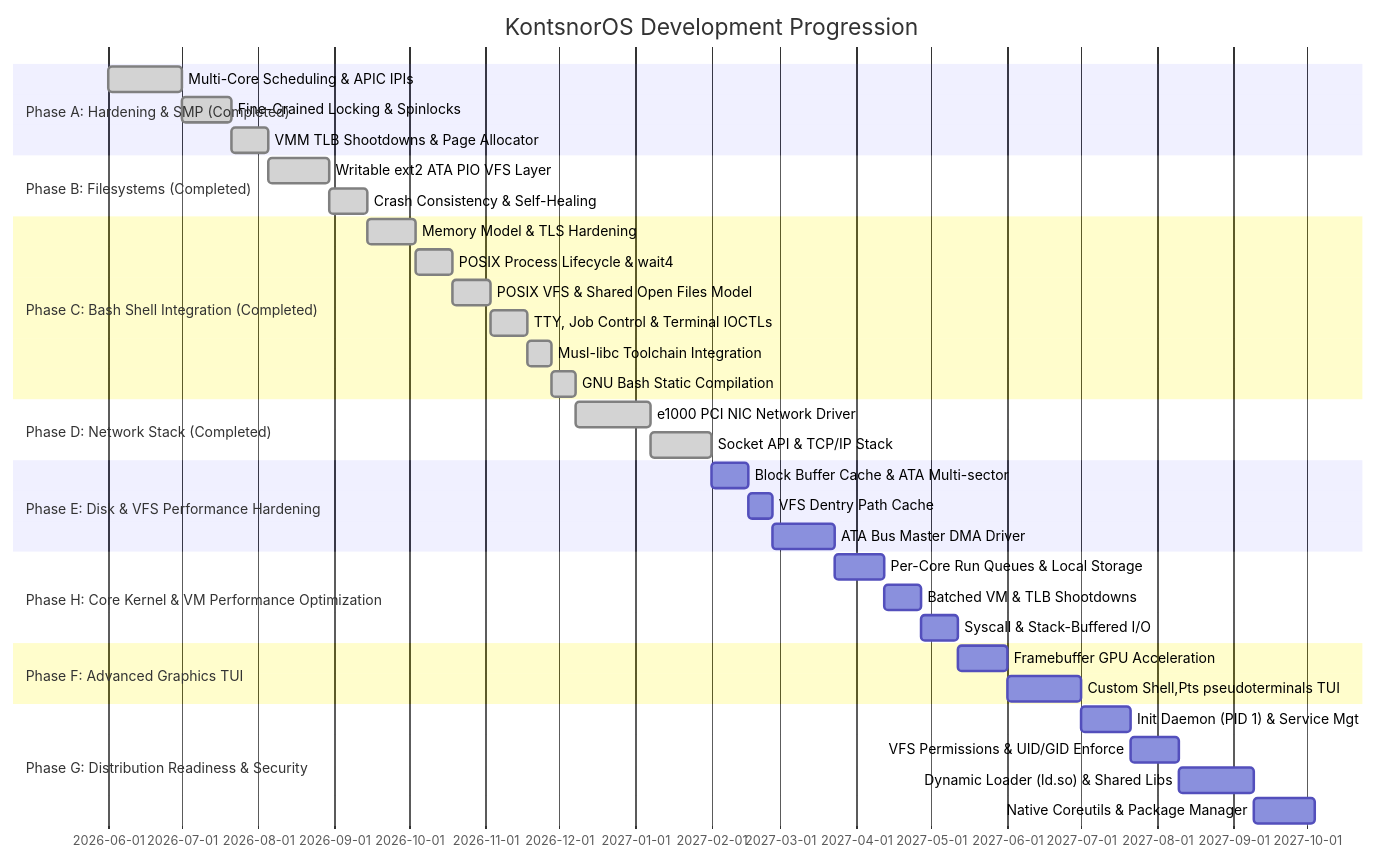
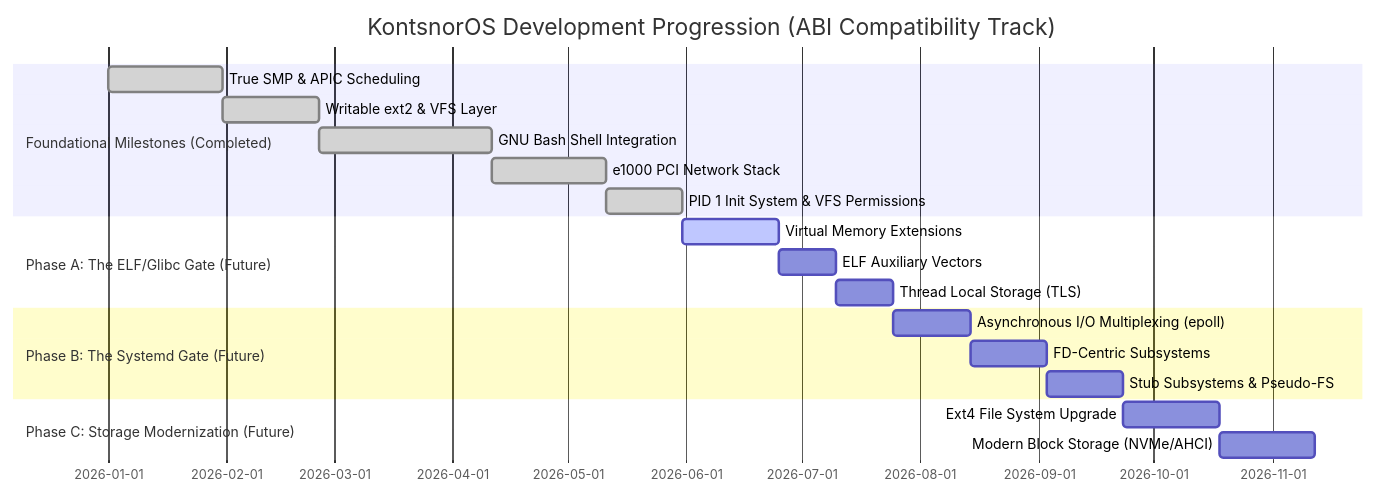
One commit to Kontsnor/KontsnorOS changed the first of 5 diagrams in docs/roadmap.md. Above: the diagram before and after it, drawn with Mermaid. The commit also changed other lines of this file and 23 other files, not shown here.

Commit message:
Refactor and modularize kernel syscall, ext2, and process/scheduler subsystems

````diff
--- a/docs/roadmap.md
+++ b/docs/roadmap.md
@@ -9,38 +11,22 @@
 ```mermaid
 gantt
-    title KontsnorOS Development Progression
+    title KontsnorOS Development Progression (ABI Compatibility Track)
     dateFormat  YYYY-MM-DD
-    section Phase A: Hardening & SMP (Completed)
-    Multi-Core Scheduling & APIC IPIs   :done, des1, 2026-06-01, 30d
-    Fine-Grained Locking & Spinlocks    :done, des2, after des1, 20d
-    VMM TLB Shootdowns & Page Allocator :done, des3, after des2, 15d
-    section Phase B: Filesystems (Completed)
-    Writable ext2 ATA PIO VFS Layer     :done, fs1, after des3, 25d
-    Crash Consistency & Self-Healing    :done, fs2, after fs1, 15d
-    section Phase C: Bash Shell Integration (Completed)
-    Memory Model & TLS Hardening        :done, bash1, after fs2, 20d
-    POSIX Process Lifecycle & wait4     :done, bash2, after bash1, 15d
-    POSIX VFS & Shared Open Files Model :done, bash3, after bash2, 15d
-    TTY, Job Control & Terminal IOCTLs  :done, bash4, after bash3, 15d
-    Musl-libc Toolchain Integration     :done, bash5, after bash4, 10d
-    GNU Bash Static Compilation         :done, bash6, after bash5, 10d
-    section Phase D: Network Stack (Completed)
-    e1000 PCI NIC Network Driver       :done, net1, after bash6, 30d
-    Socket API & TCP/IP Stack          :done, net2, after net1, 25d
-    section Phase E: Disk & VFS Performance Hardening
-    Block Buffer Cache & ATA Multi-sector :         perf1, after net2, 15d
-    VFS Dentry Path Cache                 :         perf2, after perf1, 10d
-    ATA Bus Master DMA Driver            :         perf3, after perf2, 25d
-    section Phase H: Core Kernel & VM Performance Optimization
-    Per-Core Run Queues & Local Storage  :         core1, after perf3, 20d
-    Batched VM & TLB Shootdowns          :         core2, after core1, 15d
-    Syscall & Stack-Buffered I/O         :         core3, after core2, 15d
-    section Phase F: Advanced Graphics TUI
-    Framebuffer GPU Acceleration        :         ui1, after core3, 20d
-    Custom Shell,Pts pseudoterminals TUI:         ui2, after ui1, 30d
-    section Phase G: Distribution Readiness & Security
-    Init Daemon (PID 1) & Service Mgt   :         dist1, after ui2, 20d
-    VFS Permissions & UID/GID Enforce   :         dist2, after dist1, 20d
-    Dynamic Loader (ld.so) & Shared Libs:         dist3, after dist2, 30d
-    Native Coreutils & Package Manager  :         dist4, after dist3, 25d
+    section Foundational Milestones (Completed)
+    True SMP & APIC Scheduling           :done, f1, 2026-01-01, 30d
+    Writable ext2 & VFS Layer            :done, f2, after f1, 25d
+    GNU Bash Shell Integration           :done, f3, after f2, 45d
+    e1000 PCI Network Stack              :done, f4, after f3, 30d
+    PID 1 Init System & VFS Permissions  :done, f5, after f4, 20d
+    section Phase A: The ELF/Glibc Gate (Future)
+    Virtual Memory Extensions            :active, a1, after f5, 25d
+    ELF Auxiliary Vectors                :a2, after a1, 15d
+    Thread Local Storage (TLS)           :a3, after a2, 15d
+    section Phase B: The Systemd Gate (Future)
+    Asynchronous I/O Multiplexing (epoll):b1, after a3, 20d
+    FD-Centric Subsystems                :b2, after b1, 20d
+    Stub Subsystems & Pseudo-FS          :b3, after b2, 20d
+    section Phase C: Storage Modernization (Future)
+    Ext4 File System Upgrade             :c1, after b3, 25d
+    Modern Block Storage (NVMe/AHCI)     :c2, after c1, 25d
 ```
````
